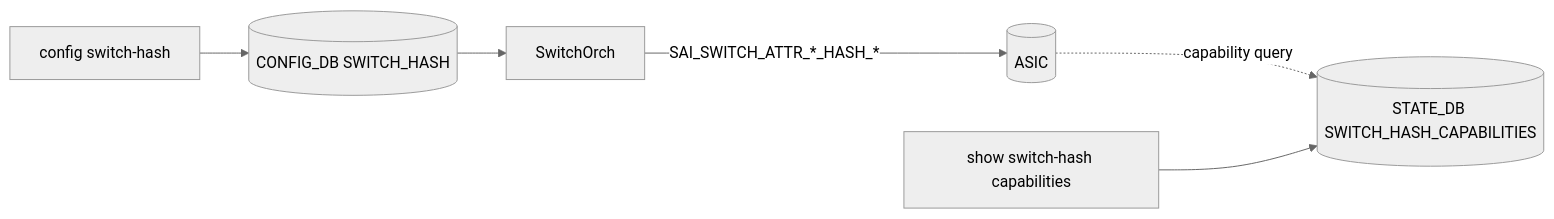
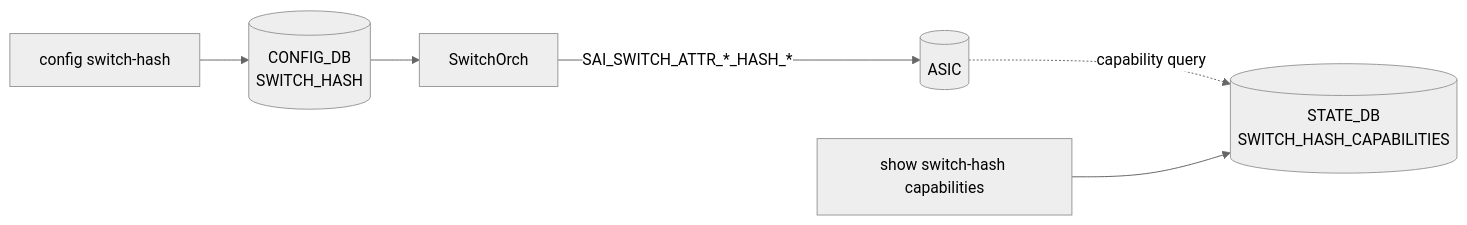
One commit to aoki-taquan/sonic-unofficial-docs changed the diagram in docs/architecture/sonic-generic-hash.md. Above: the diagram before and after it, drawn with Mermaid (neutral theme). The commit also changed other lines of this file and 4 other files, not shown here.

First line of the commit message:
[quality] HLD architecture 5 件 再構成

````diff
--- a/docs/architecture/sonic-generic-hash.md
+++ b/docs/architecture/sonic-generic-hash.md
@@ -39,8 +42,8 @@
 ```mermaid
 flowchart LR
-    CLI[config switch-hash] --> CDB[(CONFIG_DB SWITCH_HASH)]
+    CLI[config switch-hash] --> CDB[(CONFIG_DB<br/>SWITCH_HASH)]
     CDB --> SO[SwitchOrch]
     SO -->|SAI_SWITCH_ATTR_*_HASH_*| SAI[(ASIC)]
-    SAI -.->|capability query| CAP[(STATE_DB SWITCH_HASH_CAPABILITIES)]
+    SAI -.capability query.-> CAP[(STATE_DB<br/>SWITCH_HASH_CAPABILITIES)]
     SHOW[show switch-hash capabilities] --> CAP
 ```
````
